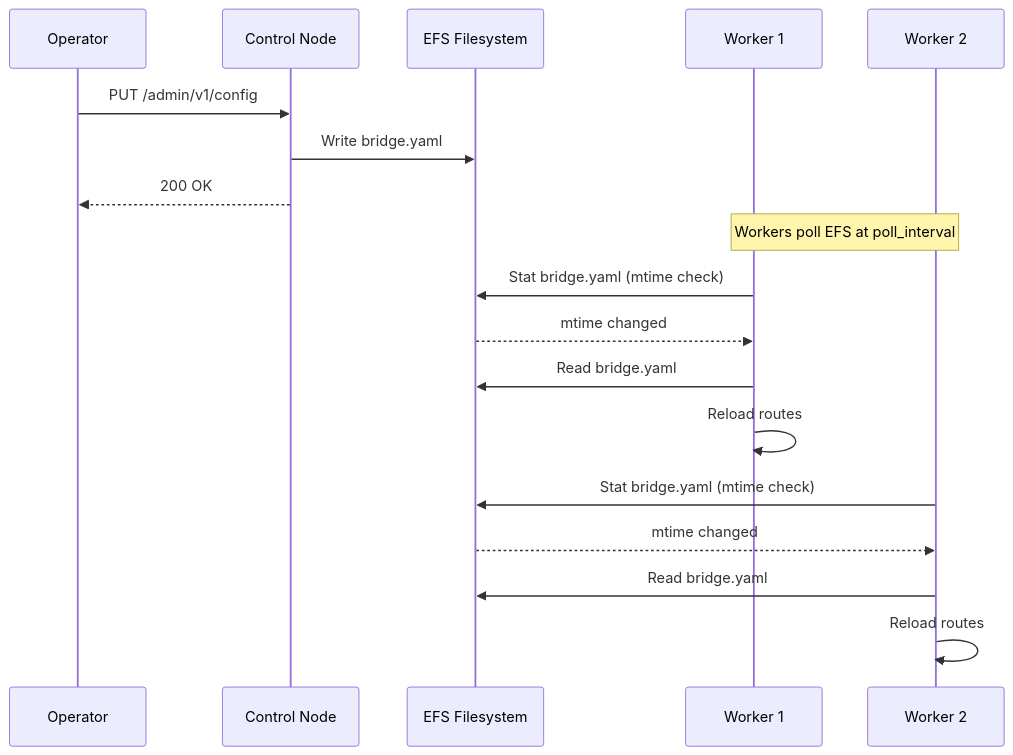
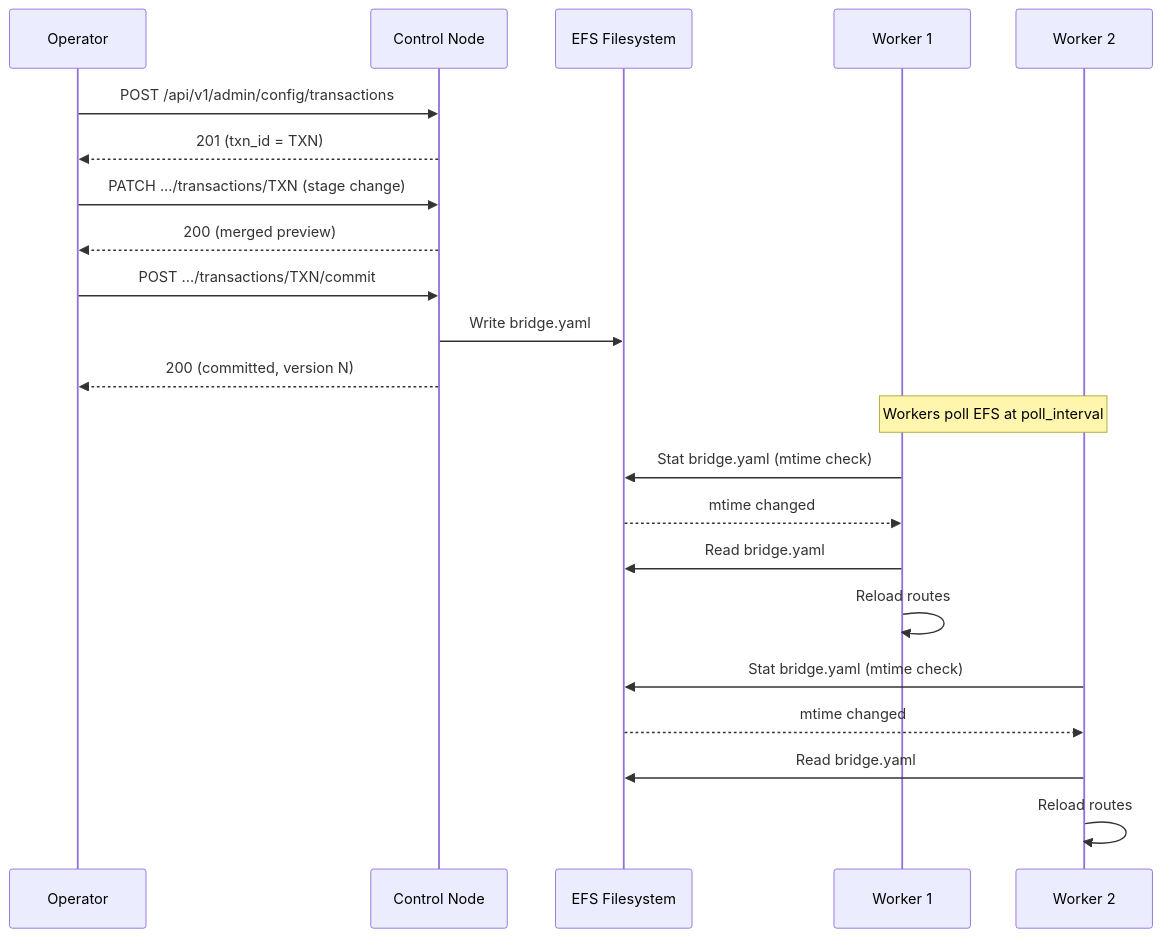
Before and after one commit to mariotoffia/gobridge: the second of 2 diagrams in docs/scenarios/cdk/05-multi-bridge-cluster.md, drawn with Mermaid. The commit also changed other lines of this file and 399 other files, not shown here.

````diff
--- a/docs/scenarios/cdk/05-multi-bridge-cluster.md
+++ b/docs/scenarios/cdk/05-multi-bridge-cluster.md
@@ -268,24 +270,28 @@
 ```mermaid
 sequenceDiagram
     participant Admin as Operator
     participant Control as Control Node
     participant EFS as EFS Filesystem
     participant W1 as Worker 1
     participant W2 as Worker 2
 
-    Admin->>Control: PUT /admin/v1/config
+    Admin->>Control: POST /api/v1/admin/config/transactions
+    Control-->>Admin: 201 (txn_id = TXN)
+    Admin->>Control: PATCH .../transactions/TXN (stage change)
+    Control-->>Admin: 200 (merged preview)
+    Admin->>Control: POST .../transactions/TXN/commit
     Control->>EFS: Write bridge.yaml
-    Control-->>Admin: 200 OK
+    Control-->>Admin: 200 (committed, version N)
 
     Note over W1,W2: Workers poll EFS at poll_interval
 
     W1->>EFS: Stat bridge.yaml (mtime check)
     EFS-->>W1: mtime changed
     W1->>EFS: Read bridge.yaml
     W1->>W1: Reload routes
 
     W2->>EFS: Stat bridge.yaml (mtime check)
     EFS-->>W2: mtime changed
     W2->>EFS: Read bridge.yaml
     W2->>W2: Reload routes
 ```
````
